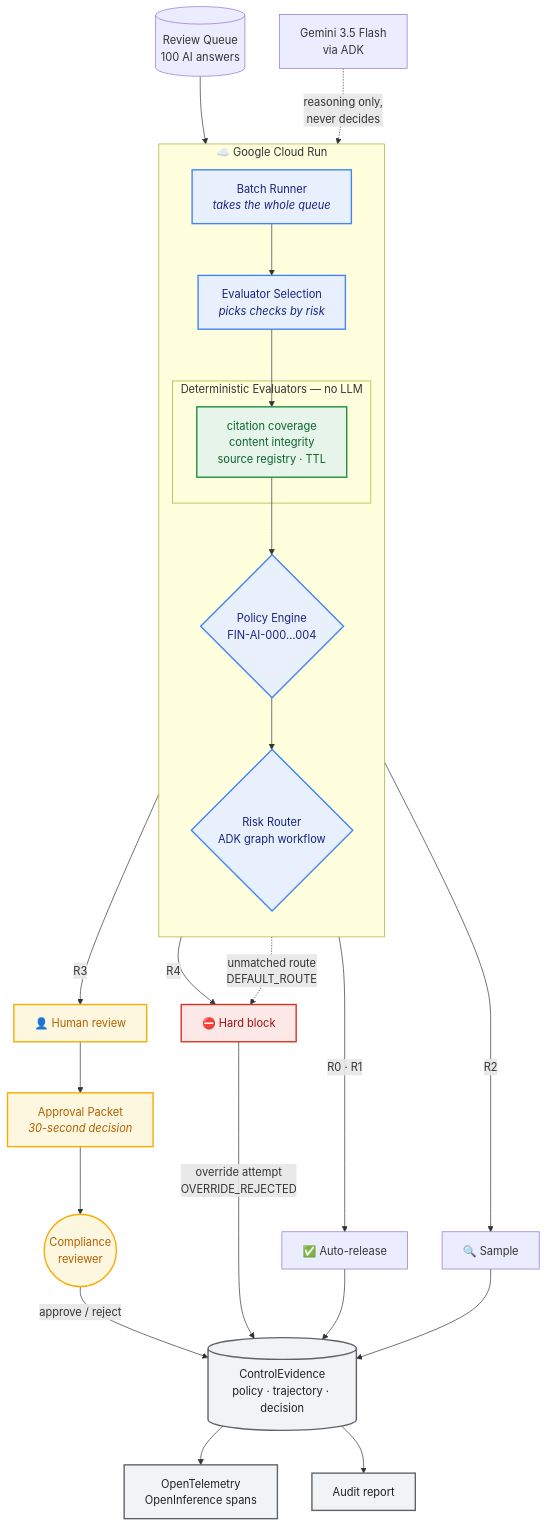
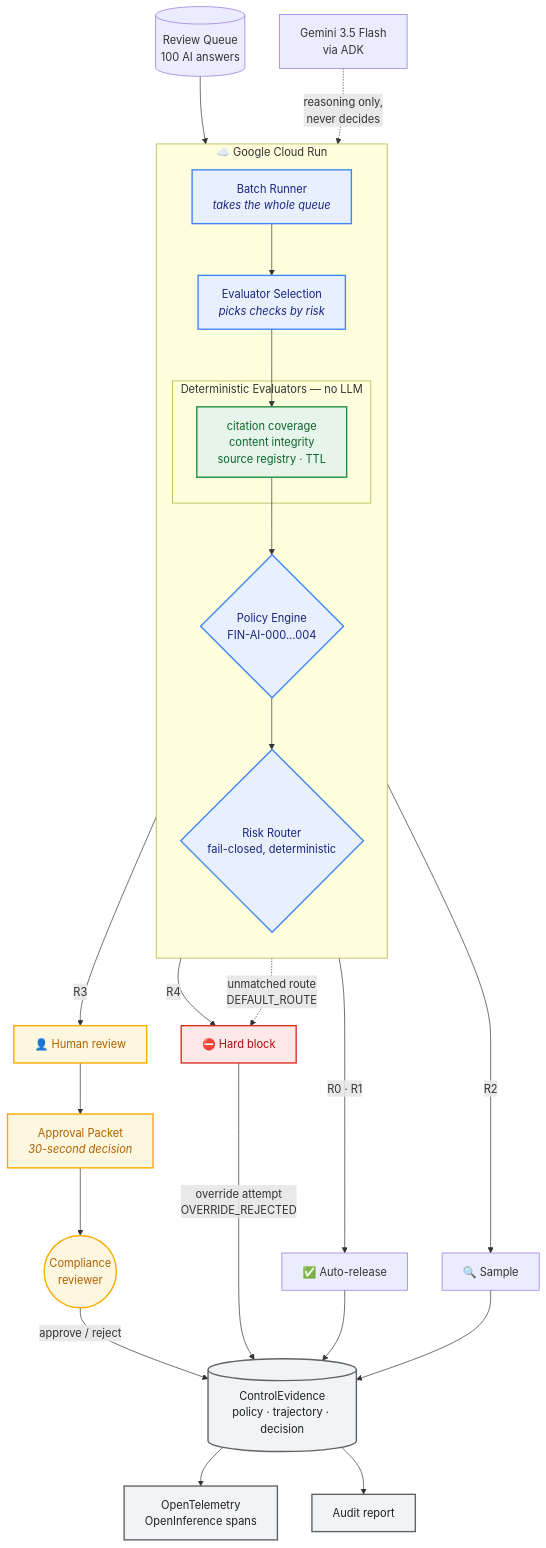
One commit to CongRenHuang/ai-assurance-pipeline changed the first of 2 diagrams in docs/architecture-diagram.md. Above: the diagram before and after it, drawn with Mermaid. The commit also changed other lines of this file and 5 other files, not shown here.

First line of the commit message:
docs(ws6): redeploy, README, architecture diagram

````diff
--- a/docs/architecture-diagram.md
+++ b/docs/architecture-diagram.md
@@ -11,55 +11,55 @@
 ```mermaid
 flowchart TB
     Q[("Review Queue<br/>100 AI answers")] --> BATCH
 
     subgraph GCP["☁️ Google Cloud Run"]
         direction TB
         BATCH["Batch Runner<br/><i>takes the whole queue</i>"]
         BATCH --> SEL
 
         SEL["Evaluator Selection<br/><i>picks checks by risk</i>"]
         SEL --> EVAL
 
         subgraph DET["Deterministic Evaluators — no LLM"]
             EVAL["citation coverage<br/>content integrity<br/>source registry · TTL"]
         end
 
         EVAL --> POL
         POL{"Policy Engine<br/>FIN-AI-000…004"}
         POL --> ROUTE
 
-        ROUTE{"Risk Router<br/>ADK graph workflow"}
+        ROUTE{"Risk Router<br/>fail-closed, deterministic"}
     end
 
     GEM["Gemini 3.5 Flash<br/>via ADK"] -.->|"reasoning only,<br/>never decides"| SEL
 
     ROUTE -->|R0 · R1| AUTO["✅ Auto-release"]
     ROUTE -->|R2| SAMP["🔍 Sample"]
     ROUTE -->|R3| HUMAN["👤 Human review"]
     ROUTE -->|R4| BLOCK["⛔ Hard block"]
     ROUTE -.->|"unmatched route<br/>DEFAULT_ROUTE"| BLOCK
 
     HUMAN --> PKT["Approval Packet<br/><i>30-second decision</i>"]
     PKT --> REV(("Compliance<br/>reviewer"))
     REV -->|approve / reject| EV
 
     BLOCK -->|"override attempt<br/>OVERRIDE_REJECTED"| EV
     AUTO --> EV
     SAMP --> EV
 
     EV[("ControlEvidence<br/>policy · trajectory · decision")]
     EV --> OTEL["OpenTelemetry<br/>OpenInference spans"]
     EV --> AUDIT["Audit report"]
 
     classDef gcp fill:#E8F0FE,stroke:#4285F4,stroke-width:2px,color:#1A237E
     classDef det fill:#E6F4EA,stroke:#1E8E3E,stroke-width:2px,color:#0D652D
     classDef blk fill:#FCE8E6,stroke:#D93025,stroke-width:2px,color:#A50E0E
     classDef hum fill:#FEF7E0,stroke:#F9AB00,stroke-width:2px,color:#B06000
     classDef ev fill:#F1F3F4,stroke:#5F6368,stroke-width:2px,color:#202124
 
     class BATCH,SEL,POL,ROUTE gcp
     class EVAL det
     class BLOCK blk
     class HUMAN,PKT,REV hum
     class EV,OTEL,AUDIT ev
 ```
````
